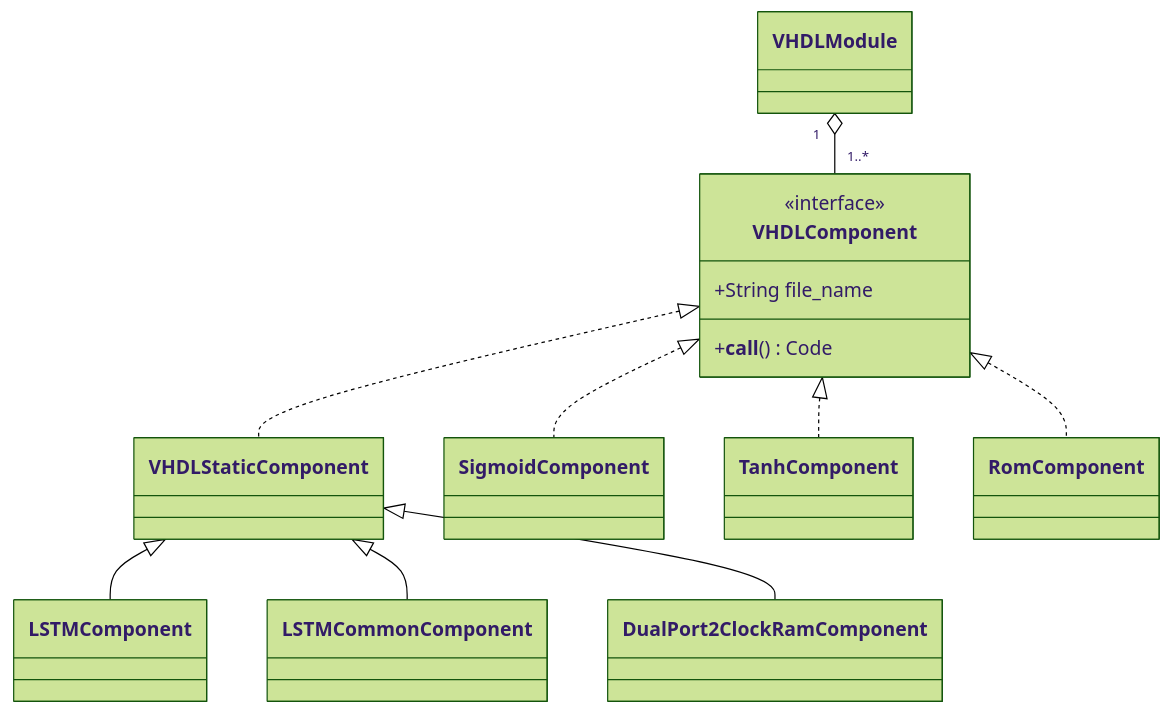
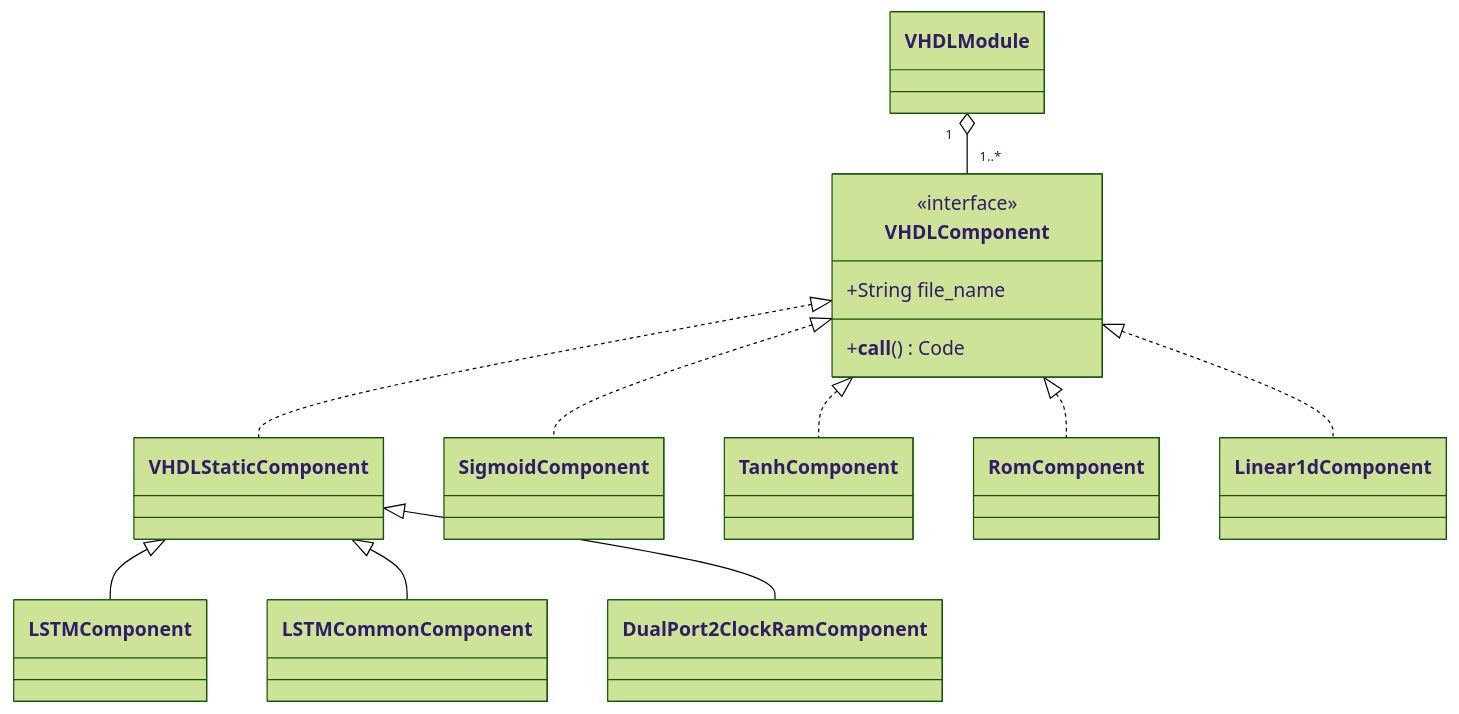
The first of 3 diagrams in README.md (es-ude/elastic-ai.creator), drawn with Mermaid (forest theme) before and after one commit. The commit also changed other lines of this file, not shown here.

Commit message:
docs(readme): update documentation according the newly added linear1d layer

````diff
--- a/README.md
+++ b/README.md
@@ -54,16 +54,17 @@
 ```mermaid
 classDiagram
 class VHDLComponent {
     <<interface>>
     +String file_name
     +__call__() Code
 }
 VHDLModule "1" o-- "1..*" VHDLComponent
 VHDLComponent <|.. VHDLStaticComponent
 VHDLComponent <|.. SigmoidComponent
 VHDLComponent <|.. TanhComponent
 VHDLComponent <|.. RomComponent
+VHDLComponent <|.. Linear1dComponent
 VHDLStaticComponent <|-- LSTMComponent
 VHDLStaticComponent <|-- LSTMCommonComponent
 VHDLStaticComponent <|-- DualPort2ClockRamComponent
 ```
````
